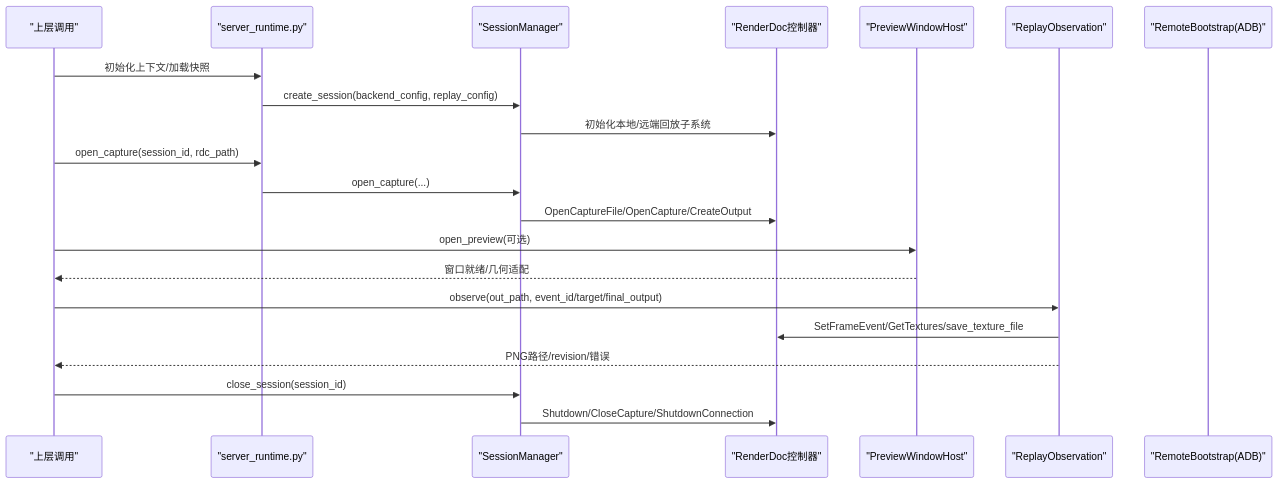
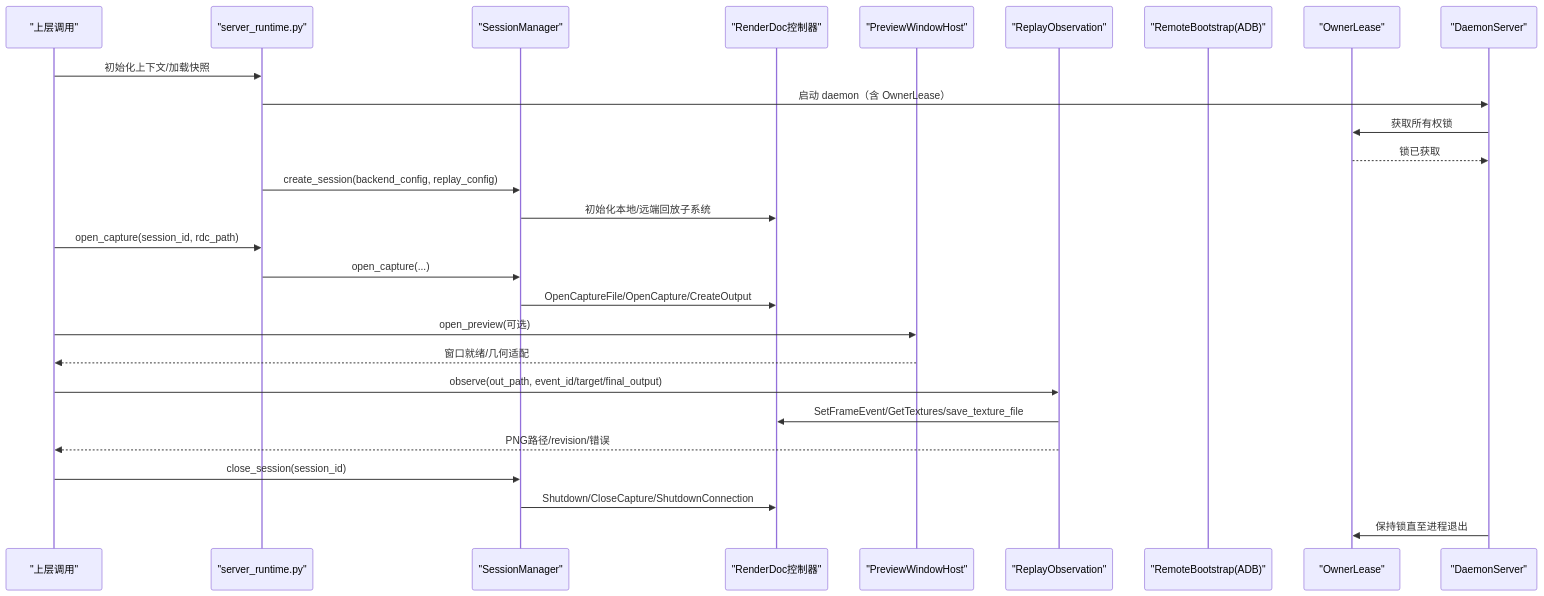
Before and after one commit to haolange/RDC-Tool: the second of 10 diagrams in .qoder/repowiki/zh/content/核心概念/会话模型.md, drawn with Mermaid. The commit also changed other lines of this file and 67 other files, not shown here.

````diff
--- a/.qoder/repowiki/zh/content/核心概念/会话模型.md
+++ b/.qoder/repowiki/zh/content/核心概念/会话模型.md
@@ -101,23 +131,29 @@
 ```mermaid
 sequenceDiagram
 participant U as "上层调用"
 participant S as "server_runtime.py"
 participant M as "SessionManager"
 participant RD as "RenderDoc控制器"
 participant P as "PreviewWindowHost"
 participant O as "ReplayObservation"
 participant AB as "RemoteBootstrap(ADB)"
+participant OW as "OwnerLease"
+participant DS as "DaemonServer"
 U->>S : 初始化上下文/加载快照
+S->>DS : 启动 daemon（含 OwnerLease）
+DS->>OW : 获取所有权锁
+OW-->>DS : 锁已获取
 S->>M : create_session(backend_config, replay_config)
 M->>RD : 初始化本地/远端回放子系统
 U->>S : open_capture(session_id, rdc_path)
 S->>M : open_capture(...)
 M->>RD : OpenCaptureFile/OpenCapture/CreateOutput
 U->>P : open_preview(可选)
 P-->>U : 窗口就绪/几何适配
 U->>O : observe(out_path, event_id/target/final_output)
 O->>RD : SetFrameEvent/GetTextures/save_texture_file
 O-->>U : PNG路径/revision/错误
 U->>M : close_session(session_id)
 M->>RD : Shutdown/CloseCapture/ShutdownConnection
+DS->>OW : 保持锁直至进程退出
 ```
````
